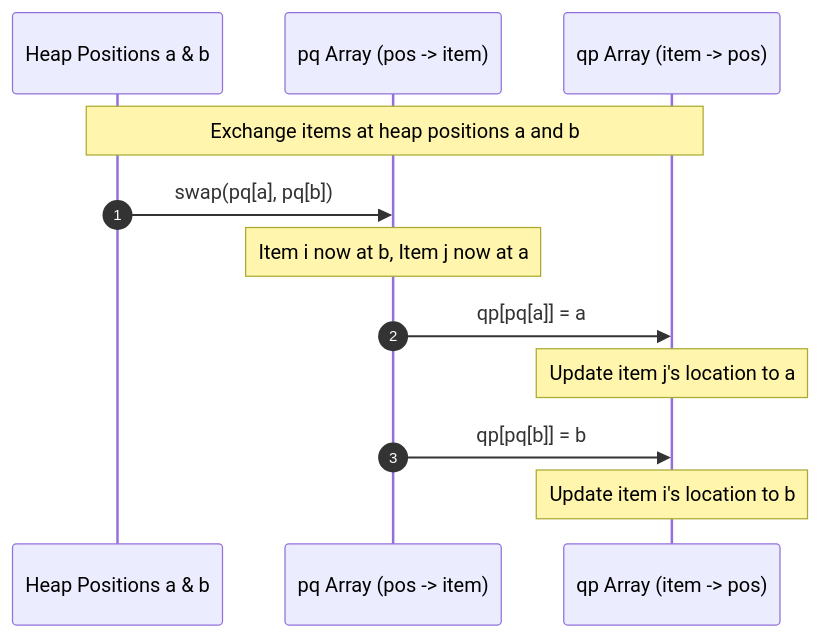
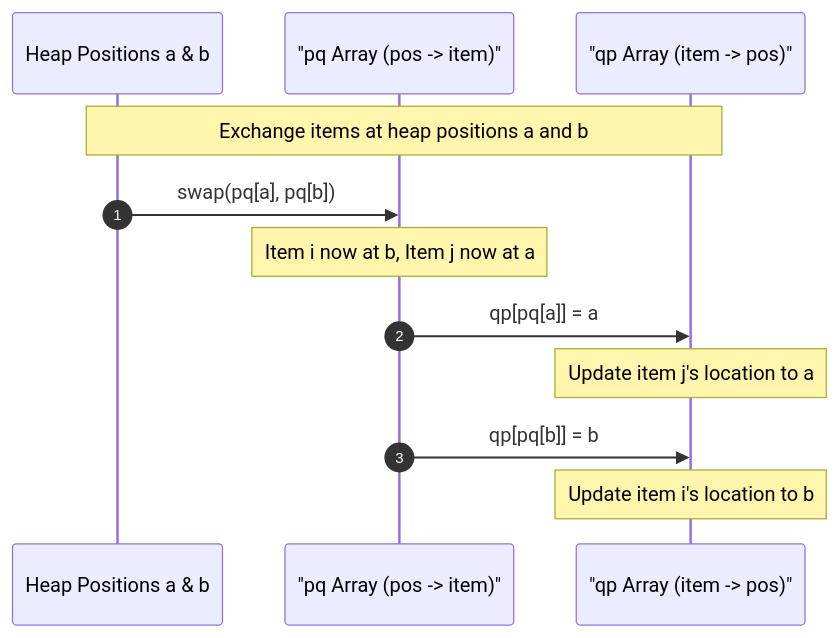
Before and after one commit to nijuna/awesome-dsa: the third of 4 diagrams in docs/06-heaps-priority-and-selection/indexed-priority-queues.md, drawn with Mermaid. The commit also changed 30 other files, not shown here.

Commit message:
refactor(docs): sanitize LaTeX environments, format diagrams, and resolve cross-references

````diff
--- a/docs/06-heaps-priority-and-selection/indexed-priority-queues.md
+++ b/docs/06-heaps-priority-and-selection/indexed-priority-queues.md
@@ -350,15 +350,15 @@
 ```mermaid
 sequenceDiagram
     autonumber
     participant H as Heap Positions a & b
-    participant PQ as pq Array (pos -> item)
-    participant QP as qp Array (item -> pos)
+    participant PQ as "pq Array (pos -> item)"
+    participant QP as "qp Array (item -> pos)"
 
     Note over H,QP: Exchange items at heap positions a and b
     H->>PQ: swap(pq[a], pq[b])
     Note over PQ: Item i now at b, Item j now at a
     PQ->>QP: qp[pq[a]] = a
     Note over QP: Update item j's location to a
     PQ->>QP: qp[pq[b]] = b
     Note over QP: Update item i's location to b
 ```
````
